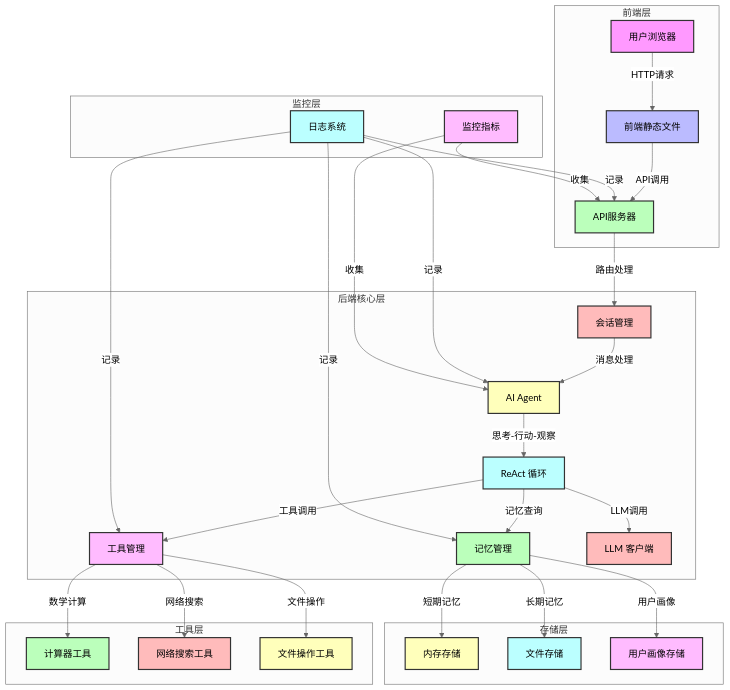
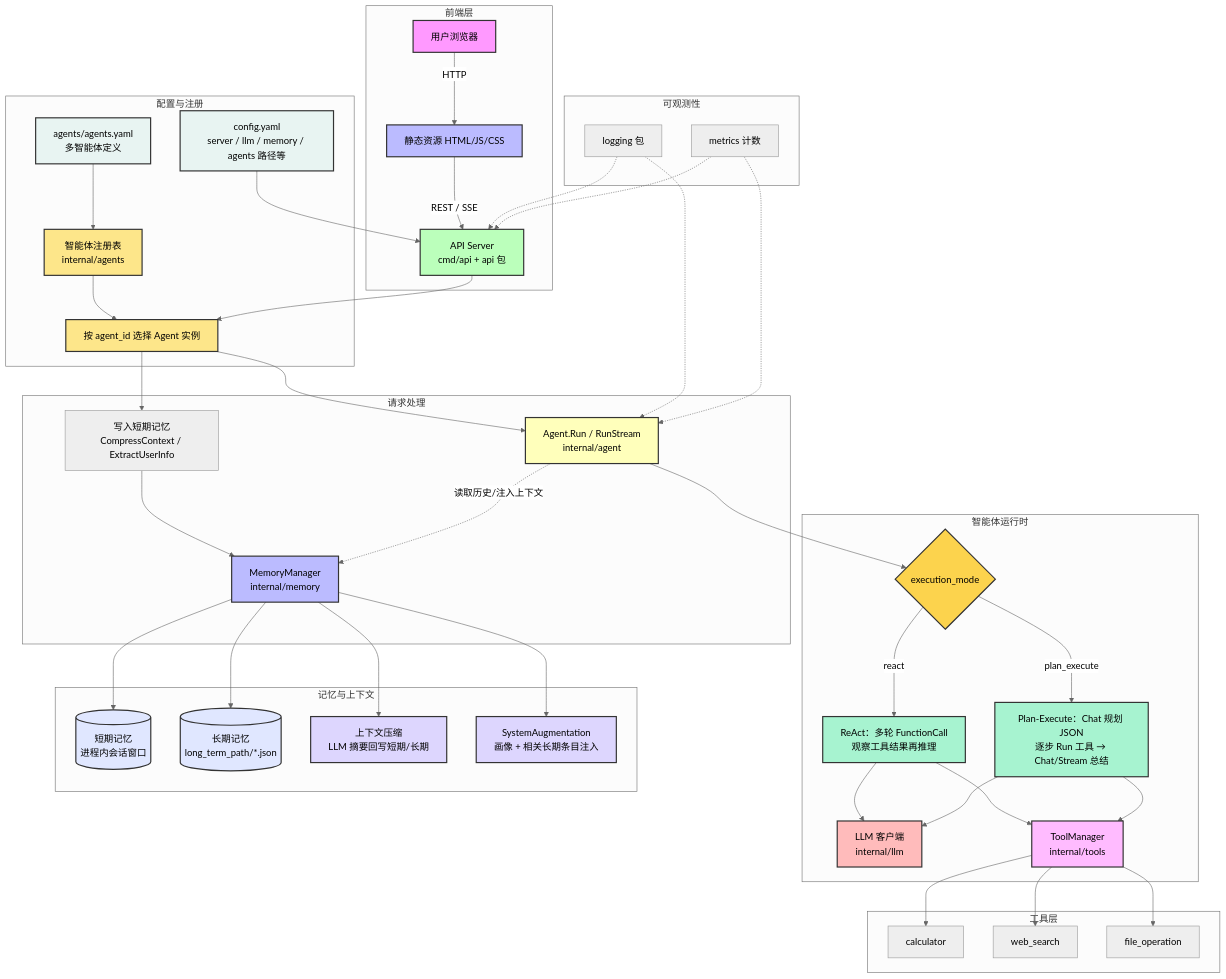
One commit to kay011/circle-go changed the diagram in README.md. Above: the diagram before and after it, drawn with Mermaid (neutral theme). The commit also changed other lines of this file and 23 other files, not shown here.

````diff
--- a/README.md
+++ b/README.md
@@ -27,55 +28,74 @@
 ```mermaid
 flowchart TD
-    subgraph 前端层
-        A[用户浏览器] -->|HTTP请求| B[前端静态文件]
-        B -->|API调用| C[API服务器]
+    subgraph FE[前端层]
+        U[用户浏览器]
+        SF[静态资源 HTML/JS/CSS]
+        U -->|HTTP| SF
+        SF -->|REST / SSE| API[API Server<br/>cmd/api + api 包]
     end
 
-    subgraph 后端核心层
-        C -->|路由处理| D[会话管理]
-        D -->|消息处理| E[AI Agent]
-        E -->|思考-行动-观察| F[ReAct 循环]
-        F -->|工具调用| G[工具管理]
-        F -->|记忆查询| H[记忆管理]
-        F -->|LLM调用| I[LLM 客户端]
+    subgraph CFG[配置与注册]
+        CY[config.yaml<br/>server / llm / memory / agents 路径等]
+        AY[agents/agents.yaml<br/>多智能体定义]
+        CY --> API
+        AY --> REG[智能体注册表<br/>internal/agents]
+        REG --> PICK[按 agent_id 选择 Agent 实例]
     end
 
-    subgraph 存储层
-        H -->|短期记忆| J[内存存储]
-        H -->|长期记忆| K[文件存储]
-        H -->|用户画像| L[用户画像存储]
+    subgraph APIH[请求处理]
+        API --> PICK
+        PICK --> PRE[写入短期记忆<br/>CompressContext / ExtractUserInfo]
+        PRE --> MM[MemoryManager<br/>internal/memory]
+        PICK --> RUN[Agent.Run / RunStream<br/>internal/agent]
     end
 
-    subgraph 工具层
-        G -->|数学计算| M[计算器工具]
-        G -->|网络搜索| N[网络搜索工具]
-        G -->|文件操作| O[文件操作工具]
+    subgraph AG[智能体运行时]
+        RUN --> MODE{execution_mode}
+        MODE -->|react| RC[ReAct：多轮 FunctionCall<br/>观察工具结果再推理]
+        MODE -->|plan_execute| PE[Plan-Execute：Chat 规划 JSON<br/>逐步 Run 工具 → Chat/Stream 总结]
+        RC --> LLM[LLM 客户端<br/>internal/llm]
+        PE --> LLM
+        RC --> TM[ToolManager<br/>internal/tools]
+        PE --> TM
+        RUN -.->|读取历史/注入上下文| MM
     end
 
-    subgraph 监控层
-        P[日志系统] -->|记录| C
-        P -->|记录| E
-        P -->|记录| G
-        P -->|记录| H
-        Q[监控指标] -->|收集| C
-        Q -->|收集| E
+    subgraph MEM[记忆与上下文]
+        MM --> ST[(短期记忆<br/>进程内会话窗口)]
+        MM --> LT[(长期记忆<br/>long_term_path/*.json)]
+        MM --> CP[上下文压缩<br/>LLM 摘要回写短期/长期]
+        MM --> INJ[SystemAugmentation<br/>画像 + 相关长期条目注入]
     end
 
-    style A fill:#f9f,stroke:#333,stroke-width:2px
-    style B fill:#bbf,stroke:#333,stroke-width:2px
-    style C fill:#bfb,stroke:#333,stroke-width:2px
-    style D fill:#fbb,stroke:#333,stroke-width:2px
-    style E fill:#ffb,stroke:#333,stroke-width:2px
-    style F fill:#bff,stroke:#333,stroke-width:2px
-    style G fill:#fbf,stroke:#333,stroke-width:2px
-    style H fill:#bfb,stroke:#333,stroke-width:2px
-    style I fill:#fbb,stroke:#333,stroke-width:2px
-    style J fill:#ffb,stroke:#333,stroke-width:2px
-    style K fill:#bff,stroke:#333,stroke-width:2px
-    style L fill:#fbf,stroke:#333,stroke-width:2px
-    style M fill:#bfb,stroke:#333,stroke-width:2px
-    style N fill:#fbb,stroke:#333,stroke-width:2px
-    style O fill:#ffb,stroke:#333,stroke-width:2px
-    style P fill:#bff,stroke:#333,stroke-width:2px
-    style Q fill:#fbf,stroke:#333,stroke-width:2px
+    subgraph TOOL[工具层]
+        TM --> CAL[calculator]
+        TM --> WEB[web_search]
+        TM --> FIL[file_operation]
+    end
+
+    subgraph OBS[可观测性]
+        LOG[logging 包] -.-> API
+        LOG -.-> RUN
+        MET[metrics 计数] -.-> API
+        MET -.-> RUN
+    end
+
+    style U fill:#f9f,stroke:#333,stroke-width:2px
+    style SF fill:#bbf,stroke:#333,stroke-width:2px
+    style API fill:#bfb,stroke:#333,stroke-width:2px
+    style CY fill:#e8f4f2,stroke:#333,stroke-width:2px
+    style AY fill:#e8f4f2,stroke:#333,stroke-width:2px
+    style REG fill:#fde68a,stroke:#333,stroke-width:2px
+    style PICK fill:#fde68a,stroke:#333,stroke-width:2px
+    style MM fill:#bbf,stroke:#333,stroke-width:2px
+    style RUN fill:#ffb,stroke:#333,stroke-width:2px
+    style MODE fill:#fcd34d,stroke:#333,stroke-width:2px
+    style RC fill:#a7f3d0,stroke:#333,stroke-width:2px
+    style PE fill:#a7f3d0,stroke:#333,stroke-width:2px
+    style LLM fill:#fbb,stroke:#333,stroke-width:2px
+    style TM fill:#fbf,stroke:#333,stroke-width:2px
+    style ST fill:#e0e7ff,stroke:#333,stroke-width:2px
+    style LT fill:#e0e7ff,stroke:#333,stroke-width:2px
+    style CP fill:#ddd6fe,stroke:#333,stroke-width:2px
+    style INJ fill:#ddd6fe,stroke:#333,stroke-width:2px
 ```
````
